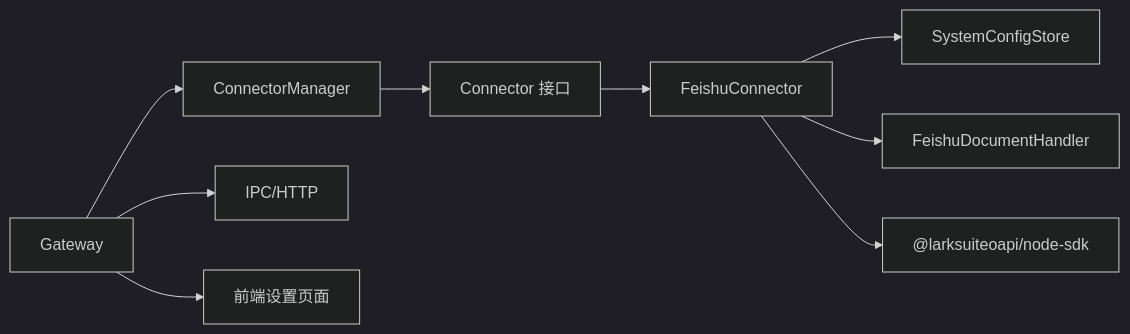
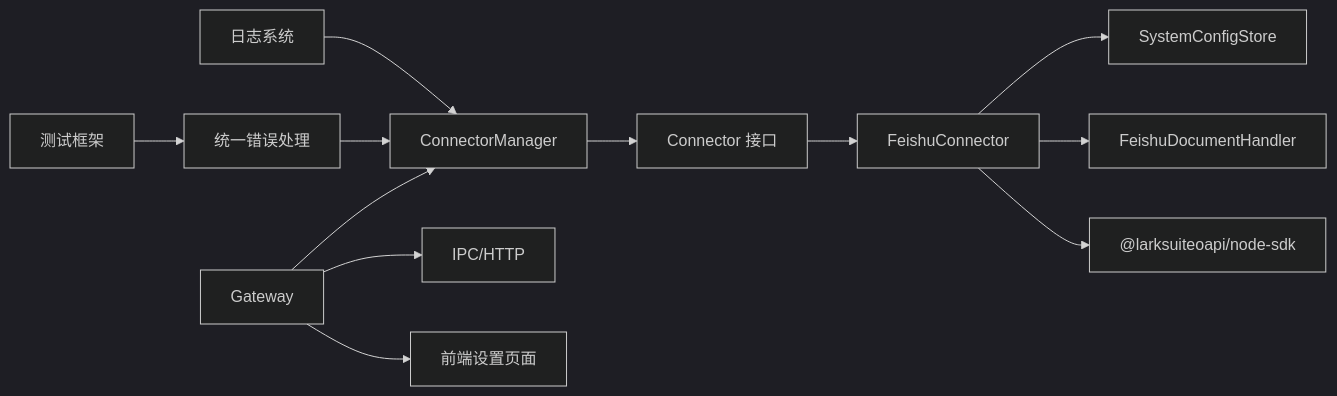
One commit to HEROhuqinchao/deepbot changed the ninth of 10 diagrams in .qoder/repowiki/zh/content/连接器系统/连接器系统.md. Above: the diagram before and after it, drawn with Mermaid (dark theme). The commit also changed other lines of this file and 8 other files, not shown here.

````diff
--- a/.qoder/repowiki/zh/content/连接器系统/连接器系统.md
+++ b/.qoder/repowiki/zh/content/连接器系统/连接器系统.md
@@ -310,11 +494,14 @@
 ```mermaid
 graph LR
 GW["Gateway"] --> CM["ConnectorManager"]
 CM --> IF["Connector 接口"]
 IF --> FC["FeishuConnector"]
 FC --> SCStore["SystemConfigStore"]
 FC --> FH["FeishuDocumentHandler"]
 FC --> Lark["@larksuiteoapi/node-sdk"]
 GW --> IPC["IPC/HTTP"]
 GW --> UI["前端设置页面"]
+EH["统一错误处理"] --> CM
+TF["测试框架"] --> EH
+LOG["日志系统"] --> CM
 ```
````
